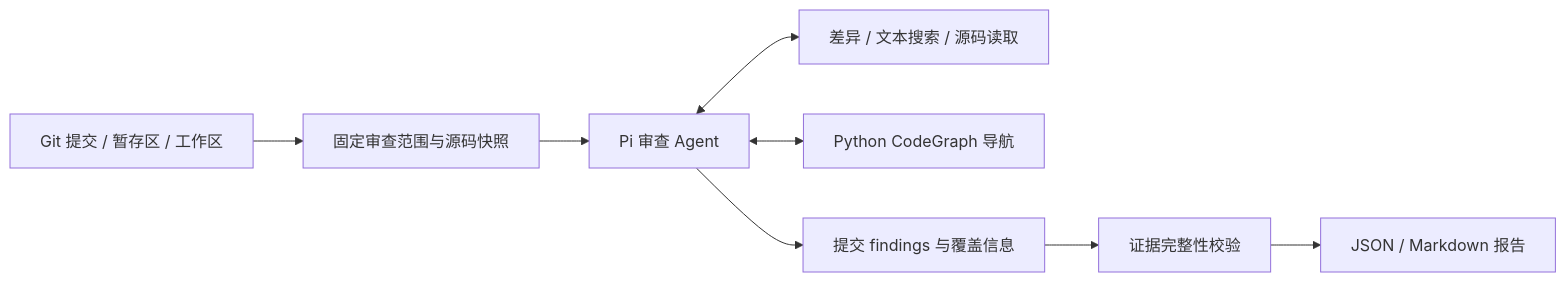
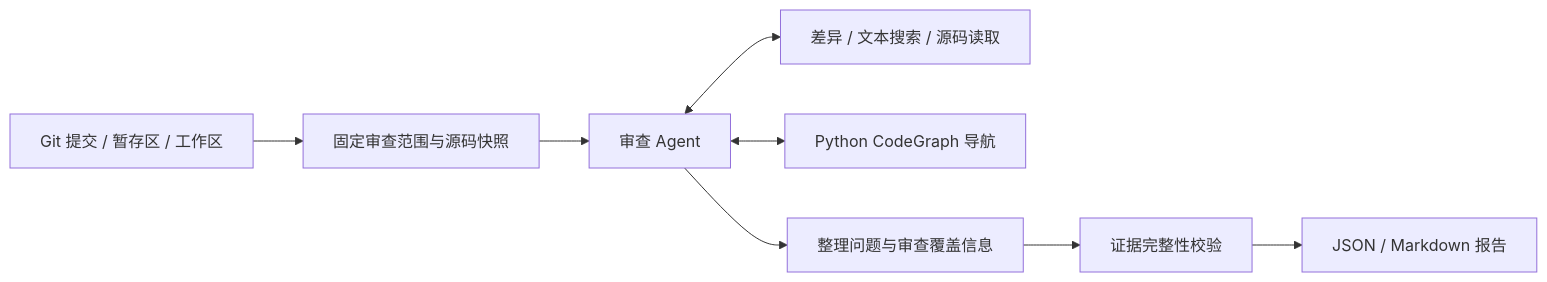
The diagram in README.md (takagibit18/MergeWarden), drawn with Mermaid before and after one commit. The commit also changed other lines of this file, not shown here.

````diff
--- a/README.md
+++ b/README.md
@@ -72,10 +232,10 @@
 ```mermaid
 flowchart LR
     A[Git 提交 / 暂存区 / 工作区] --> B[固定审查范围与源码快照]
-    B --> C[Pi 审查 Agent]
+    B --> C[审查 Agent]
     C <--> D[差异 / 文本搜索 / 源码读取]
     C <--> E[Python CodeGraph 导航]
-    C --> F[提交 findings 与覆盖信息]
+    C --> F[整理问题与审查覆盖信息]
     F --> G[证据完整性校验]
     G --> H[JSON / Markdown 报告]
 ```
````
